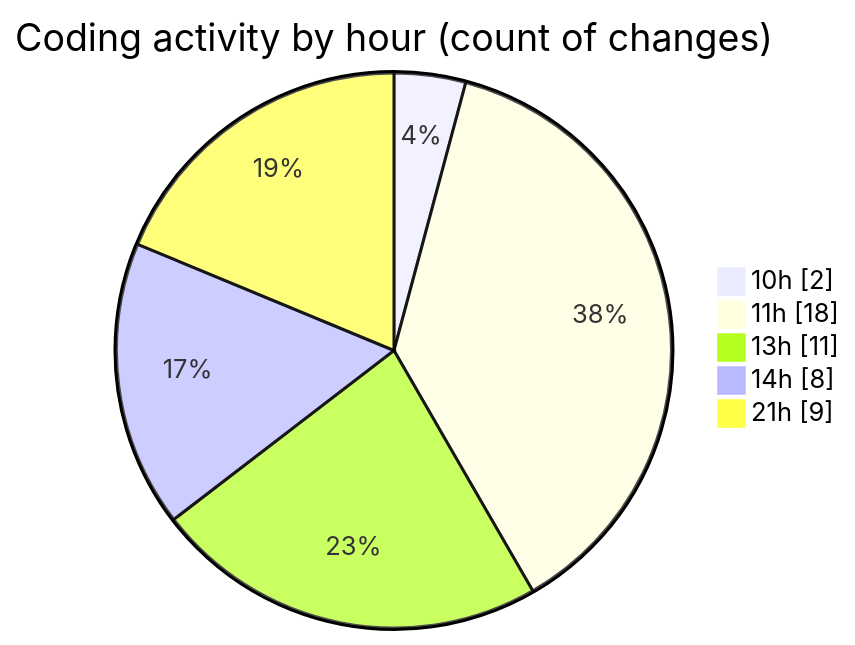
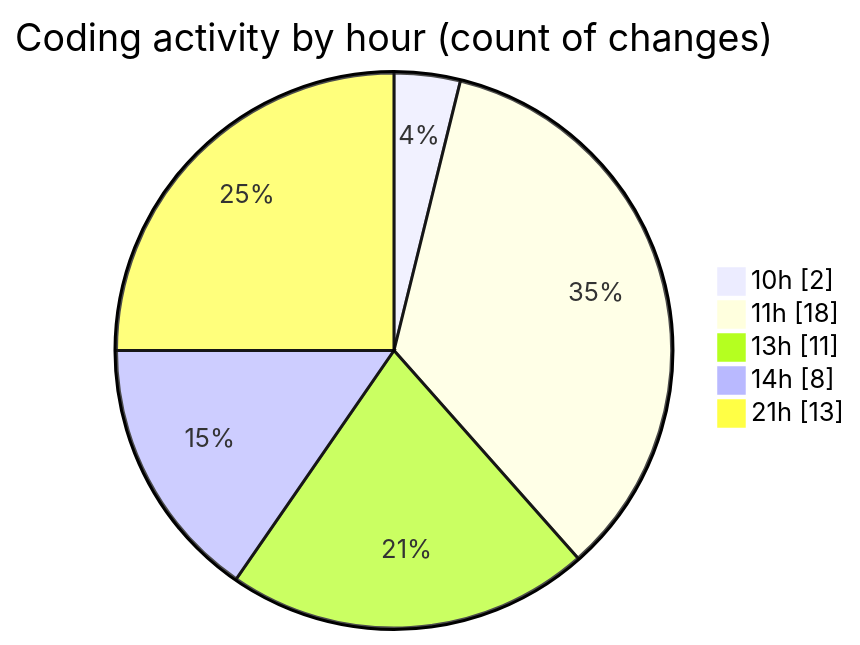
One commit to MatusMokan/code-tracking changed the second of 2 diagrams in 2025-03-17/myws__workspace_/README.md. Above: the diagram before and after it, drawn with Mermaid. The commit also changed other lines of this file and 1 other file, not shown here.

````diff
--- a/2025-03-17/myws__workspace_/README.md
+++ b/2025-03-17/myws__workspace_/README.md
@@ -34,9 +34,9 @@
 ```mermaid
 pie showData
 title Coding activity by hour (count of changes)
 "10h" : 2
 "11h" : 18
 "13h" : 11
 "14h" : 8
-"21h" : 9
+"21h" : 13
 ```
````
